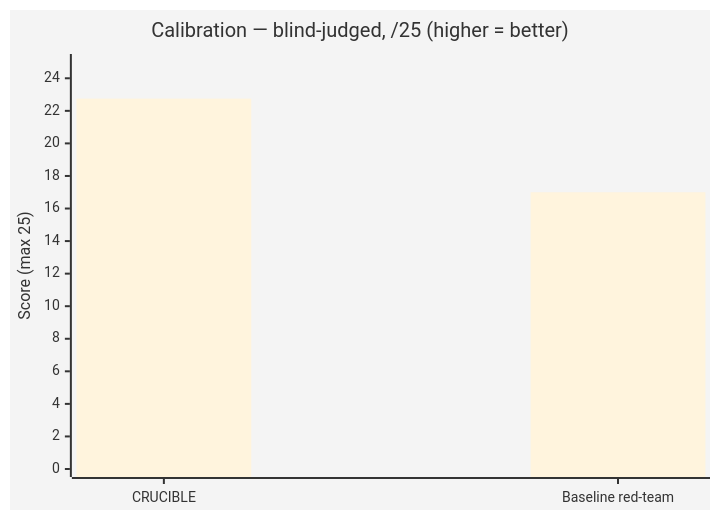
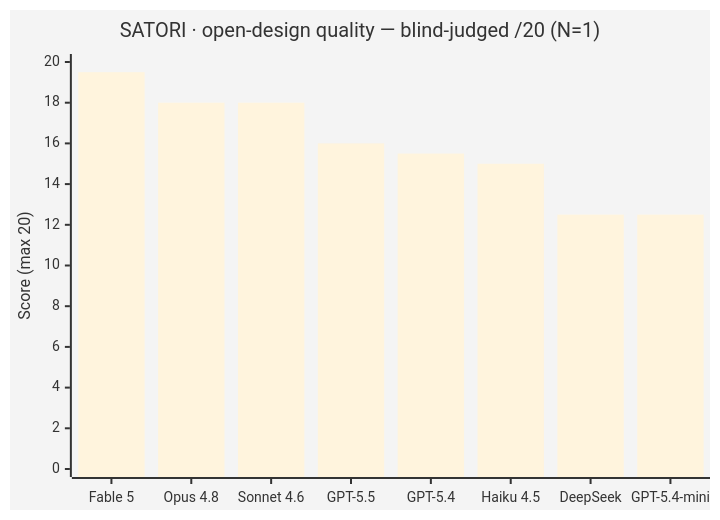
The third of 4 diagrams in README.md (flyingsriracha/Anapana), drawn with Mermaid before and after one commit. The commit also changed other lines of this file and 5 other files, not shown here.

````diff
--- a/README.md
+++ b/README.md
@@ -142,8 +75,8 @@
 ```mermaid
 %%{init: {'theme':'base'}}%%
 xychart-beta
-    title "Calibration — blind-judged, /25 (higher = better)"
-    x-axis ["CRUCIBLE", "Baseline red-team"]
-    y-axis "Score (max 25)" 0 --> 25
-    bar [22.75, 17.0]
+    title "SATORI · open-design quality — blind-judged /20 (N=1)"
+    x-axis ["Fable 5", "Opus 4.8", "Sonnet 4.6", "GPT-5.5", "GPT-5.4", "Haiku 4.5", "DeepSeek", "GPT-5.4-mini"]
+    y-axis "Score (max 20)" 0 --> 20
+    bar [19.5, 18.0, 18.0, 16.0, 15.5, 15.0, 12.5, 12.5]
 ```
````
